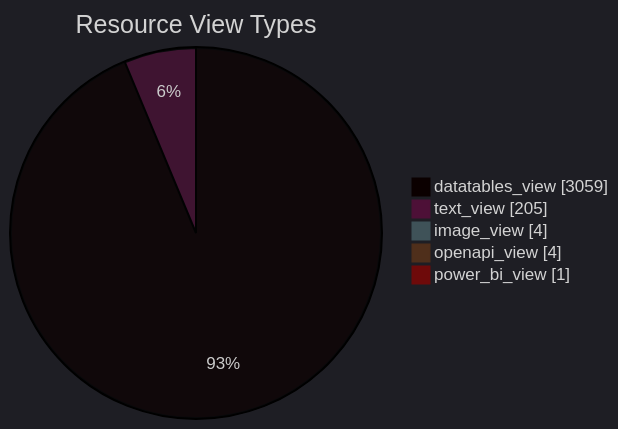
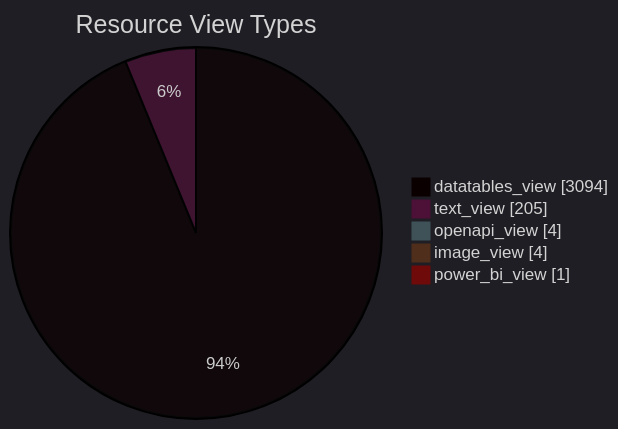
One commit to open-data/analytics-corporate-reporting changed the diagram in datastore_tracker/resource_view_types_pie_chart.md. Above: the diagram before and after it, drawn with Mermaid. The commit also changed 9 other files, not shown here.

````diff
--- a/datastore_tracker/resource_view_types_pie_chart.md
+++ b/datastore_tracker/resource_view_types_pie_chart.md
@@ -2,12 +2,12 @@
 ```mermaid
 ---
 config:
   theme: dark
 ---
 pie showData title Resource View Types
-    "datatables_view": 3059
+    "datatables_view": 3094
     "text_view": 205
+    "openapi_view": 4
     "image_view": 4
-    "openapi_view": 4
     "power_bi_view": 1
 ```
````
